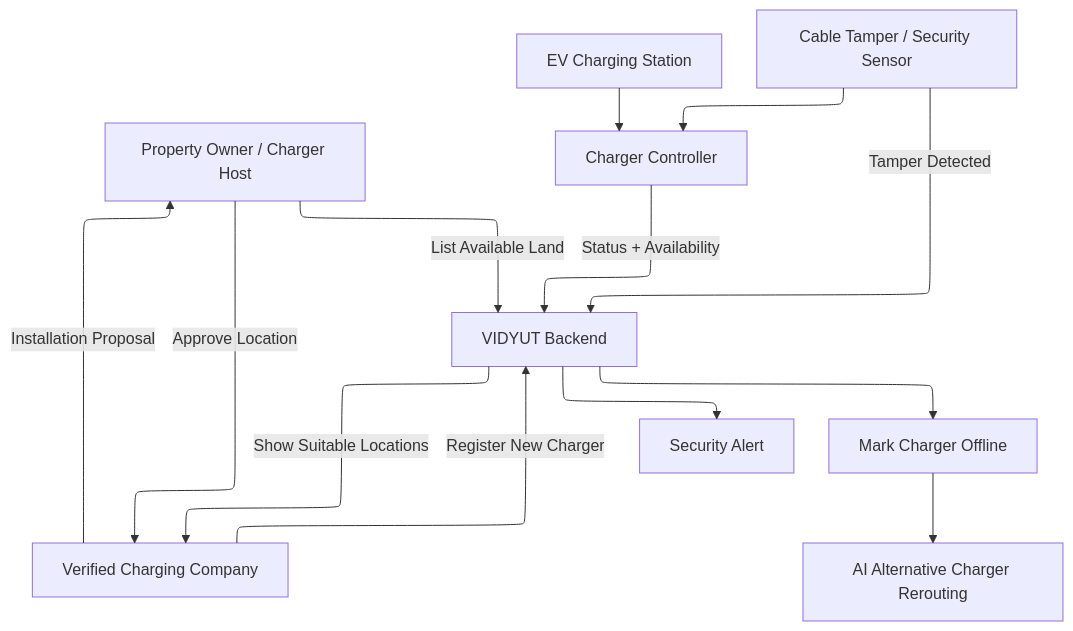
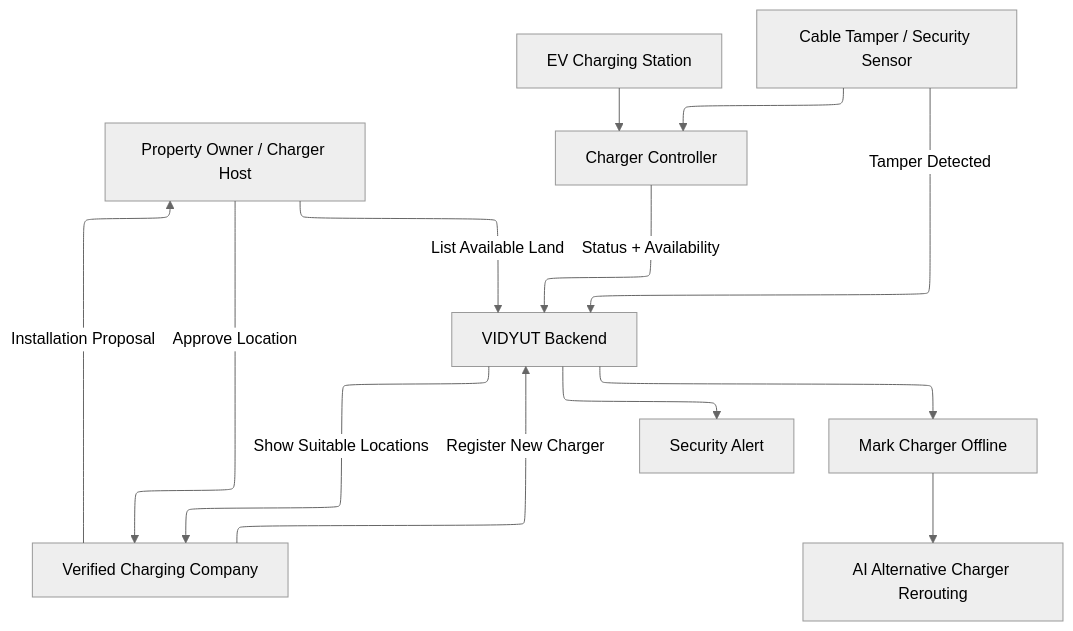
One commit to cs1m2414238/vidyutEV-1.0 changed the second of 2 diagrams in README.md. Above: the diagram before and after it, drawn with Mermaid.

Commit message:
Update Mermaid theme in README.md
Changed the theme in the Mermaid configuration from 'natural' to 'neutral'.

````diff
--- a/README.md
+++ b/README.md
@@ -59,19 +59,19 @@
 ```mermaid
 ---
 config:
   layout: elk
-  theme: natural
+  theme: neutral
 ---
 flowchart TB
     HOST["Property Owner / Charger Host"] -- List Available Land --> BACKEND["VIDYUT Backend"]
     BACKEND -- Show Suitable Locations --> COMPANY["Verified Charging Company"]
     COMPANY -- Installation Proposal --> HOST
     HOST -- Approve Location --> COMPANY
     COMPANY -- Register New Charger --> BACKEND
     STATION["EV Charging Station"] --> CONTROLLER["Charger Controller"]
     SENSOR["Cable Tamper / Security Sensor"] --> CONTROLLER
     CONTROLLER -- Status + Availability --> BACKEND
     SENSOR -- Tamper Detected --> BACKEND
     BACKEND --> ALERT["Security Alert"] & OFFLINE["Mark Charger Offline"]
     OFFLINE --> REROUTE["AI Alternative Charger Rerouting"]
 ```
````
